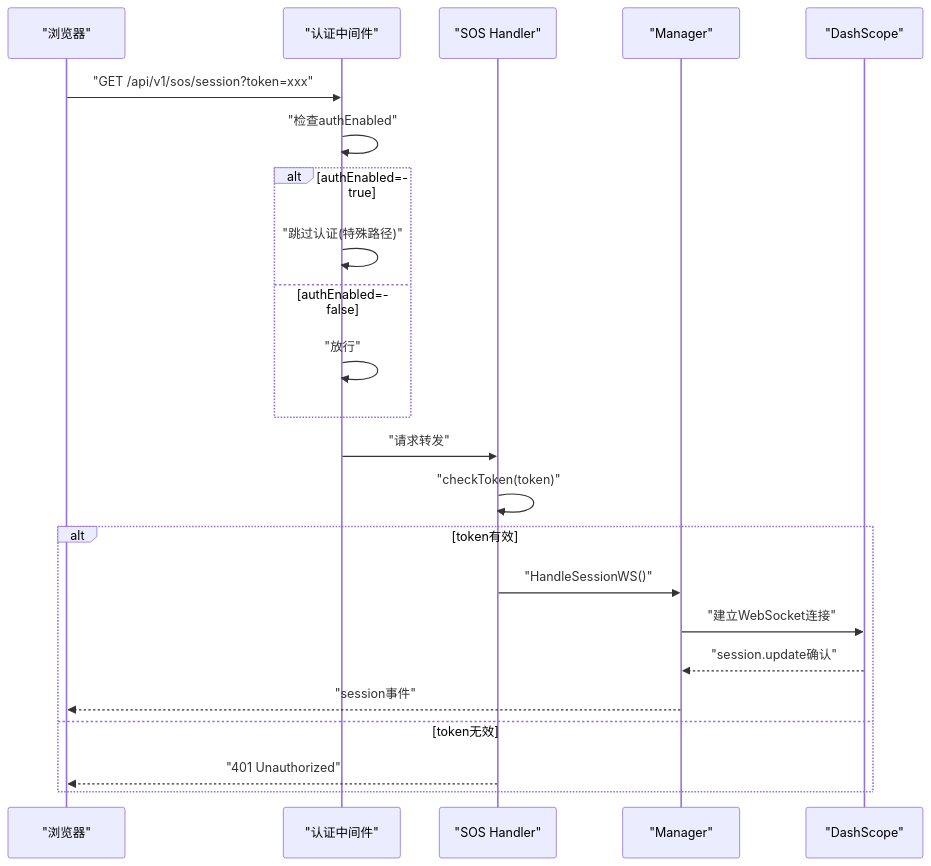
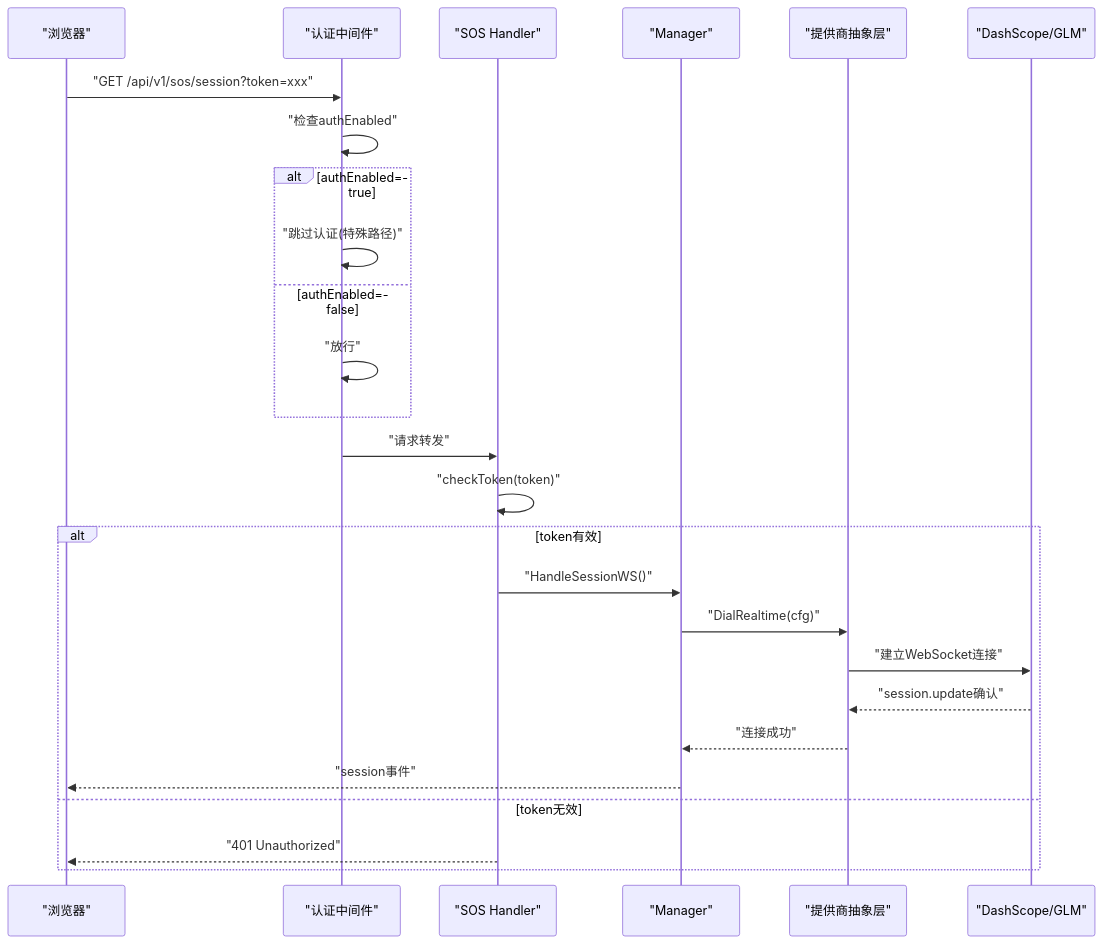
Before and after one commit to kudig-io/klaw: the second of 3 diagrams in .qoder/repowiki/zh/content/核心功能/SOS紧急语音对话模式.md, drawn with Mermaid. The commit also changed other lines of this file and 336 other files, not shown here.

````diff
--- a/.qoder/repowiki/zh/content/核心功能/SOS紧急语音对话模式.md
+++ b/.qoder/repowiki/zh/content/核心功能/SOS紧急语音对话模式.md
@@ -109,25 +114,28 @@
 ```mermaid
 sequenceDiagram
 participant U as "浏览器"
 participant A as "认证中间件"
 participant S as "SOS Handler"
 participant M as "Manager"
-participant DS as "DashScope"
+participant P as "提供商抽象层"
+participant DS as "DashScope/GLM"
 U->>A : "GET /api/v1/sos/session?token=xxx"
 A->>A : "检查authEnabled"
 alt authEnabled=true
 A->>A : "跳过认证(特殊路径)"
 else authEnabled=false
 A->>A : "放行"
 end
 A->>S : "请求转发"
 S->>S : "checkToken(token)"
 alt token有效
 S->>M : "HandleSessionWS()"
-M->>DS : "建立WebSocket连接"
-DS-->>M : "session.update确认"
+M->>P : "DialRealtime(cfg)"
+P->>DS : "建立WebSocket连接"
+DS-->>P : "session.update确认"
+P-->>M : "连接成功"
 M-->>U : "session事件"
 else token无效
 S-->>U : "401 Unauthorized"
 end
 ```
````
